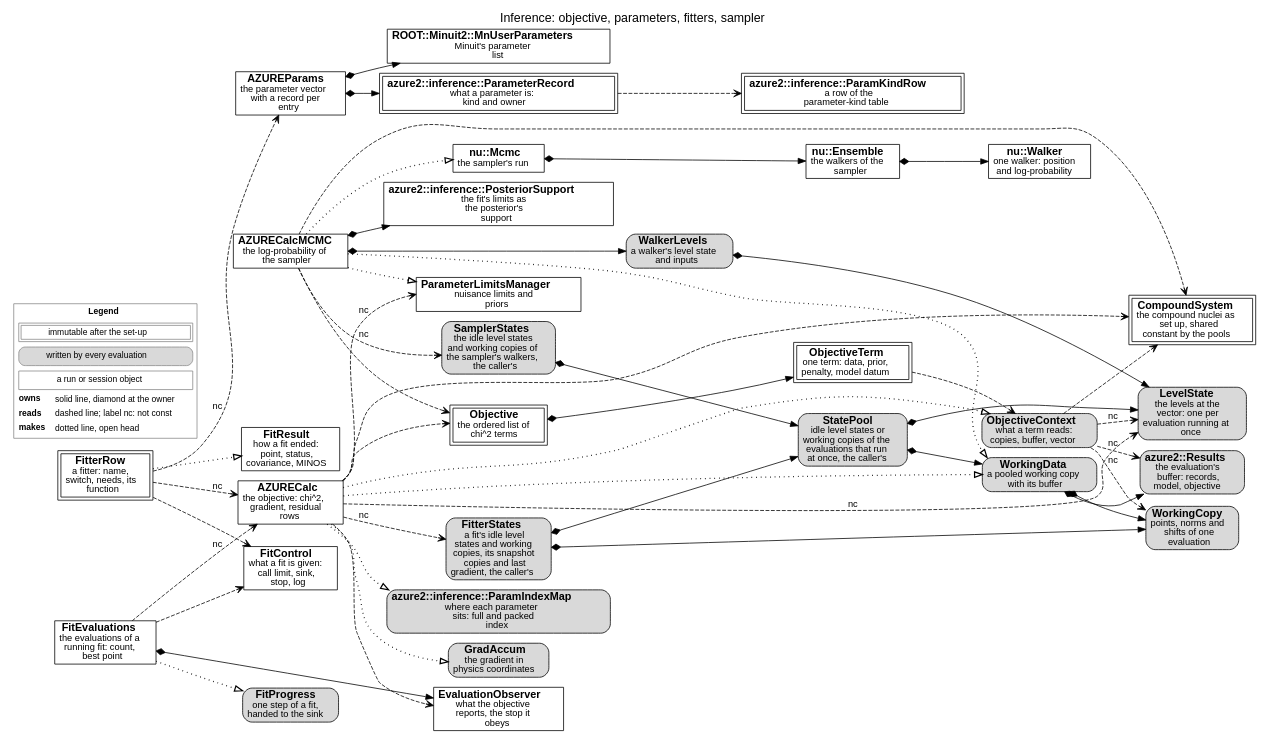
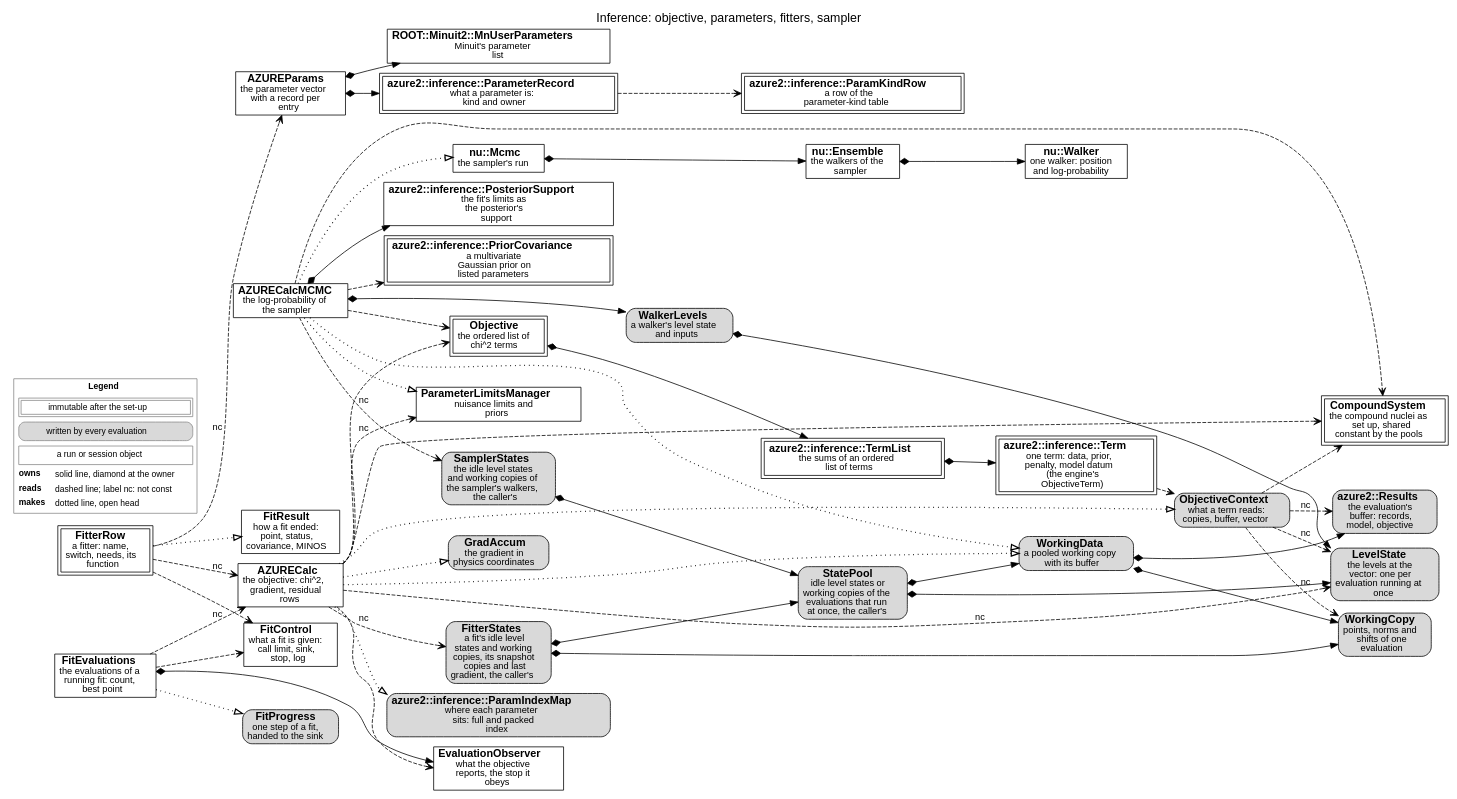
Before and after one commit to AZURE2DEV/AZURE2: the diagram in docs/source/developer/figures/inference.dot, drawn with Graphviz. The commit also changed 35 other files, not shown here.

First line of the commit message:
inference: the priors and the rule of the objective's term list

```diff
--- a/docs/source/developer/figures/inference.dot
+++ b/docs/source/developer/figures/inference.dot
@@ -1,82 +1,86 @@
 digraph inference {
   graph [rankdir=LR, fontname="Helvetica", fontsize=16, labelloc=t, label="Inference: objective, parameters, fitters, sampler", nodesep=0.18, ranksep=0.3, newrank=true];
   node [fontname="Helvetica", fontsize=14, margin="0.08,0.04"];
   edge [fontname="Helvetica", fontsize=12];
   n_AZURECalc [label=<<b>AZURECalc</b><br/><font point-size="12">the objective: chi^2,<br/>gradient, residual<br/>rows</font>>, shape=box, style="filled", fillcolor="white"];
   n_WorkingData [label=<<b>WorkingData</b><br/><font point-size="12">a pooled working copy<br/>with its buffer</font>>, shape=box, style="rounded,filled", fillcolor="#d9d9d9"];
   n_CompoundSystem [label=<<b>CompoundSystem</b><br/><font point-size="12">the compound nuclei as<br/>set up, shared<br/>constant by the pools</font>>, shape=box, peripheries=2, style="filled", fillcolor="white"];
   n_LevelState [label=<<b>LevelState</b><br/><font point-size="12">the levels at the<br/>vector: one per<br/>evaluation running at<br/>once</font>>, shape=box, style="rounded,filled", fillcolor="#d9d9d9"];
   n_StatePool [label=<<b>StatePool</b><br/><font point-size="12">idle level states or<br/>working copies of the<br/>evaluations that run<br/>at once, the caller&#x27;s</font>>, shape=box, style="rounded,filled", fillcolor="#d9d9d9"];
   n_FitterStates [label=<<b>FitterStates</b><br/><font point-size="12">a fit&#x27;s idle level<br/>states and working<br/>copies, its snapshot<br/>copies and last<br/>gradient, the caller&#x27;s</font>>, shape=box, style="rounded,filled", fillcolor="#d9d9d9"];
   n_SamplerStates [label=<<b>SamplerStates</b><br/><font point-size="12">the idle level states<br/>and working copies of<br/>the sampler&#x27;s walkers,<br/>the caller&#x27;s</font>>, shape=box, style="rounded,filled", fillcolor="#d9d9d9"];
   n_WalkerLevels [label=<<b>WalkerLevels</b><br/><font point-size="12">a walker&#x27;s level state<br/>and inputs</font>>, shape=box, style="rounded,filled", fillcolor="#d9d9d9"];
   n_WorkingCopy [label=<<b>WorkingCopy</b><br/><font point-size="12">points, norms and<br/>shifts of one<br/>evaluation</font>>, shape=box, style="rounded,filled", fillcolor="#d9d9d9"];
   n_azure2__Results [label=<<b>azure2::Results</b><br/><font point-size="12">the evaluation&#x27;s<br/>buffer: records,<br/>model, objective</font>>, shape=box, style="rounded,filled", fillcolor="#d9d9d9"];
   n_ObjectiveContext [label=<<b>ObjectiveContext</b><br/><font point-size="12">what a term reads:<br/>copies, buffer, vector</font>>, shape=box, style="rounded,filled", fillcolor="#d9d9d9"];
   n_Objective [label=<<b>Objective</b><br/><font point-size="12">the ordered list of<br/>chi^2 terms</font>>, shape=box, peripheries=2, style="filled", fillcolor="white"];
-  n_ObjectiveTerm [label=<<b>ObjectiveTerm</b><br/><font point-size="12">one term: data, prior,<br/>penalty, model datum</font>>, shape=box, peripheries=2, style="filled", fillcolor="white"];
+  n_azure2__inference__TermList [label=<<b>azure2::inference::TermList</b><br/><font point-size="12">the sums of an ordered<br/>list of terms</font>>, shape=box, peripheries=2, style="filled", fillcolor="white"];
+  n_azure2__inference__Term [label=<<b>azure2::inference::Term</b><br/><font point-size="12">one term: data, prior,<br/>penalty, model datum<br/>(the engine&#x27;s<br/>ObjectiveTerm)</font>>, shape=box, peripheries=2, style="filled", fillcolor="white"];
+  n_azure2__inference__PriorCovariance [label=<<b>azure2::inference::PriorCovariance</b><br/><font point-size="12">a multivariate<br/>Gaussian prior on<br/>listed parameters</font>>, shape=box, peripheries=2, style="filled", fillcolor="white"];
   n_AZUREParams [label=<<b>AZUREParams</b><br/><font point-size="12">the parameter vector<br/>with a record per<br/>entry</font>>, shape=box, style="filled", fillcolor="white"];
   n_ROOT__Minuit2__MnUserParameters [label=<<b>ROOT::Minuit2::MnUserParameters</b><br/><font point-size="12">Minuit&#x27;s parameter<br/>list</font>>, shape=box, style="filled", fillcolor="white"];
   n_azure2__inference__ParameterRecord [label=<<b>azure2::inference::ParameterRecord</b><br/><font point-size="12">what a parameter is:<br/>kind and owner</font>>, shape=box, peripheries=2, style="filled", fillcolor="white"];
   n_azure2__inference__ParamKindRow [label=<<b>azure2::inference::ParamKindRow</b><br/><font point-size="12">a row of the<br/>parameter-kind table</font>>, shape=box, peripheries=2, style="filled", fillcolor="white"];
   n_azure2__inference__ParamIndexMap [label=<<b>azure2::inference::ParamIndexMap</b><br/><font point-size="12">where each parameter<br/>sits: full and packed<br/>index</font>>, shape=box, style="rounded,filled", fillcolor="#d9d9d9"];
   n_GradAccum [label=<<b>GradAccum</b><br/><font point-size="12">the gradient in<br/>physics coordinates</font>>, shape=box, style="rounded,filled", fillcolor="#d9d9d9"];
   n_ParameterLimitsManager [label=<<b>ParameterLimitsManager</b><br/><font point-size="12">nuisance limits and<br/>priors</font>>, shape=box, style="filled", fillcolor="white"];
   n_FitterRow [label=<<b>FitterRow</b><br/><font point-size="12">a fitter: name,<br/>switch, needs, its<br/>function</font>>, shape=box, peripheries=2, style="filled", fillcolor="white"];
   n_FitControl [label=<<b>FitControl</b><br/><font point-size="12">what a fit is given:<br/>call limit, sink,<br/>stop, log</font>>, shape=box, style="filled", fillcolor="white"];
   n_FitResult [label=<<b>FitResult</b><br/><font point-size="12">how a fit ended:<br/>point, status,<br/>covariance, MINOS</font>>, shape=box, style="filled", fillcolor="white"];
   n_FitProgress [label=<<b>FitProgress</b><br/><font point-size="12">one step of a fit,<br/>handed to the sink</font>>, shape=box, style="rounded,filled", fillcolor="#d9d9d9"];
   n_EvaluationObserver [label=<<b>EvaluationObserver</b><br/><font point-size="12">what the objective<br/>reports, the stop it<br/>obeys</font>>, shape=box, style="filled", fillcolor="white"];
   n_FitEvaluations [label=<<b>FitEvaluations</b><br/><font point-size="12">the evaluations of a<br/>running fit: count,<br/>best point</font>>, shape=box, style="filled", fillcolor="white"];
   n_AZURECalcMCMC [label=<<b>AZURECalcMCMC</b><br/><font point-size="12">the log-probability of<br/>the sampler</font>>, shape=box, style="filled", fillcolor="white"];
   n_azure2__inference__PosteriorSupport [label=<<b>azure2::inference::PosteriorSupport</b><br/><font point-size="12">the fit&#x27;s limits as<br/>the posterior&#x27;s<br/>support</font>>, shape=box, style="filled", fillcolor="white"];
   n_nu__Mcmc [label=<<b>nu::Mcmc</b><br/><font point-size="12">the sampler&#x27;s run</font>>, shape=box, style="filled", fillcolor="white"];
   n_nu__Ensemble [label=<<b>nu::Ensemble</b><br/><font point-size="12">the walkers of the<br/>sampler</font>>, shape=box, style="filled", fillcolor="white"];
   n_nu__Walker [label=<<b>nu::Walker</b><br/><font point-size="12">one walker: position<br/>and log-probability</font>>, shape=box, style="filled", fillcolor="white"];
   n_AZURECalc -> n_WorkingData [style=dotted, penwidth=1.6, arrowhead=empty];
   n_AZURECalc -> n_CompoundSystem [style=dashed, arrowhead=vee];
   n_AZURECalc -> n_FitterStates [style=dashed, arrowhead=vee, label=" nc"];
   n_AZURECalc -> n_LevelState [style=dashed, arrowhead=vee, label=" nc"];
   n_FitterStates -> n_StatePool [style=solid, dir=both, arrowtail=diamond, arrowhead=normal];
   n_FitterStates -> n_WorkingCopy [style=solid, dir=both, arrowtail=diamond, arrowhead=normal];
   n_StatePool -> n_LevelState [style=solid, dir=both, arrowtail=diamond, arrowhead=normal];
   n_StatePool -> n_WorkingData [style=solid, dir=both, arrowtail=diamond, arrowhead=normal];
   n_WorkingData -> n_WorkingCopy [style=solid, dir=both, arrowtail=diamond, arrowhead=normal];
   n_WorkingData -> n_azure2__Results [style=solid, dir=both, arrowtail=diamond, arrowhead=normal];
   n_AZURECalc -> n_ObjectiveContext [style=dotted, penwidth=1.6, arrowhead=empty];
   n_ObjectiveContext -> n_CompoundSystem [style=dashed, arrowhead=vee];
   n_ObjectiveContext -> n_LevelState [style=dashed, arrowhead=vee, label=" nc"];
   n_ObjectiveContext -> n_WorkingCopy [style=dashed, arrowhead=vee, label=" nc"];
   n_ObjectiveContext -> n_azure2__Results [style=dashed, arrowhead=vee, label=" nc"];
-  n_Objective -> n_ObjectiveTerm [style=solid, dir=both, arrowtail=diamond, arrowhead=normal];
-  n_ObjectiveTerm -> n_ObjectiveContext [style=dashed, arrowhead=vee];
+  n_Objective -> n_azure2__inference__TermList [style=solid, dir=both, arrowtail=diamond, arrowhead=normal];
+  n_azure2__inference__TermList -> n_azure2__inference__Term [style=solid, dir=both, arrowtail=diamond, arrowhead=normal];
+  n_azure2__inference__Term -> n_ObjectiveContext [style=dashed, arrowhead=vee];
+  n_AZURECalcMCMC -> n_azure2__inference__PriorCovariance [style=dashed, arrowhead=vee];
   n_AZURECalc -> n_ParameterLimitsManager [style=dashed, arrowhead=vee, label=" nc"];
   n_AZUREParams -> n_ROOT__Minuit2__MnUserParameters [style=solid, dir=both, arrowtail=diamond, arrowhead=normal];
   n_AZUREParams -> n_azure2__inference__ParameterRecord [style=solid, dir=both, arrowtail=diamond, arrowhead=normal];
   n_azure2__inference__ParameterRecord -> n_azure2__inference__ParamKindRow [style=dashed, arrowhead=vee];
   n_AZURECalc -> n_azure2__inference__ParamIndexMap [style=dotted, penwidth=1.6, arrowhead=empty];
   n_AZURECalc -> n_GradAccum [style=dotted, penwidth=1.6, arrowhead=empty];
   n_AZURECalcMCMC -> n_WorkingData [style=dotted, penwidth=1.6, arrowhead=empty];
   n_AZURECalcMCMC -> n_CompoundSystem [style=dashed, arrowhead=vee];
   n_AZURECalcMCMC -> n_WalkerLevels [style=solid, dir=both, arrowtail=diamond, arrowhead=normal];
   n_AZURECalcMCMC -> n_SamplerStates [style=dashed, arrowhead=vee, label=" nc"];
   n_SamplerStates -> n_StatePool [style=solid, dir=both, arrowtail=diamond, arrowhead=normal];
   n_WalkerLevels -> n_LevelState [style=solid, dir=both, arrowtail=diamond, arrowhead=normal];
   n_AZURECalcMCMC -> n_azure2__inference__PosteriorSupport [style=solid, dir=both, arrowtail=diamond, arrowhead=normal];
   n_AZURECalcMCMC -> n_ParameterLimitsManager [style=dotted, penwidth=1.6, arrowhead=empty];
   n_nu__Mcmc -> n_nu__Ensemble [style=solid, dir=both, arrowtail=diamond, arrowhead=normal];
   n_nu__Ensemble -> n_nu__Walker [style=solid, dir=both, arrowtail=diamond, arrowhead=normal];
   n_AZURECalc -> n_Objective [style=dashed, arrowhead=vee];
   n_FitterRow -> n_AZUREParams [style=dashed, arrowhead=vee, label=" nc"];
   n_FitterRow -> n_AZURECalc [style=dashed, arrowhead=vee, label=" nc"];
   n_FitterRow -> n_FitControl [style=dashed, arrowhead=vee];
   n_FitterRow -> n_FitResult [style=dotted, penwidth=1.6, arrowhead=empty];
   n_FitEvaluations -> n_AZURECalc [style=dashed, arrowhead=vee, label=" nc"];
   n_FitEvaluations -> n_EvaluationObserver [style=solid, dir=both, arrowtail=diamond, arrowhead=normal];
   n_FitEvaluations -> n_FitControl [style=dashed, arrowhead=vee];
   n_FitEvaluations -> n_FitProgress [style=dotted, penwidth=1.6, arrowhead=empty];
   n_AZURECalc -> n_EvaluationObserver [style=dashed, arrowhead=vee];
   n_AZURECalcMCMC -> n_nu__Mcmc [style=dotted, penwidth=1.6, arrowhead=empty];
   n_AZURECalcMCMC -> n_Objective [style=dashed, arrowhead=vee];
   legend [shape=plaintext, fontsize=11, label=<<TABLE BORDER="1" CELLBORDER="0" CELLSPACING="3" COLOR="#888888"><TR><TD COLSPAN="2"><B>Legend</B></TD></TR><TR><TD COLSPAN="2"><TABLE BORDER="1" CELLBORDER="1" CELLSPACING="2" CELLPADDING="2"><TR><TD>immutable after the set-up</TD></TR></TABLE></TD></TR><TR><TD COLSPAN="2"><TABLE BORDER="1" CELLBORDER="0" CELLPADDING="3" STYLE="rounded" BGCOLOR="#d9d9d9"><TR><TD>written by every evaluation</TD></TR></TABLE></TD></TR><TR><TD COLSPAN="2"><TABLE BORDER="1" CELLBORDER="0" CELLPADDING="3" ><TR><TD>a run or session object</TD></TR></TABLE></TD></TR><TR><TD ALIGN="LEFT"><B>owns</B></TD><TD ALIGN="LEFT">solid line, diamond at the owner</TD></TR><TR><TD ALIGN="LEFT"><B>reads</B></TD><TD ALIGN="LEFT">dashed line; label nc: not const</TD></TR><TR><TD ALIGN="LEFT"><B>makes</B></TD><TD ALIGN="LEFT">dotted line, open head</TD></TR></TABLE>>];
 }
```
